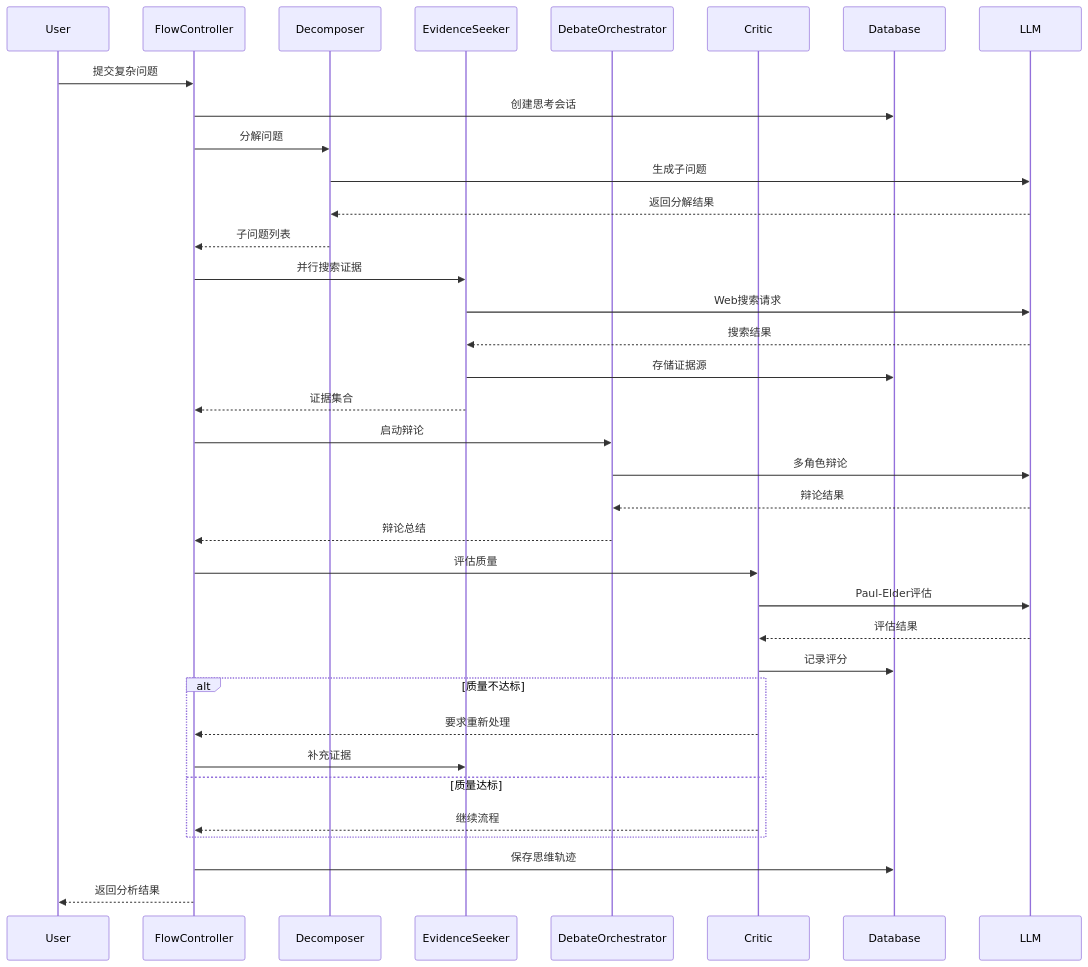
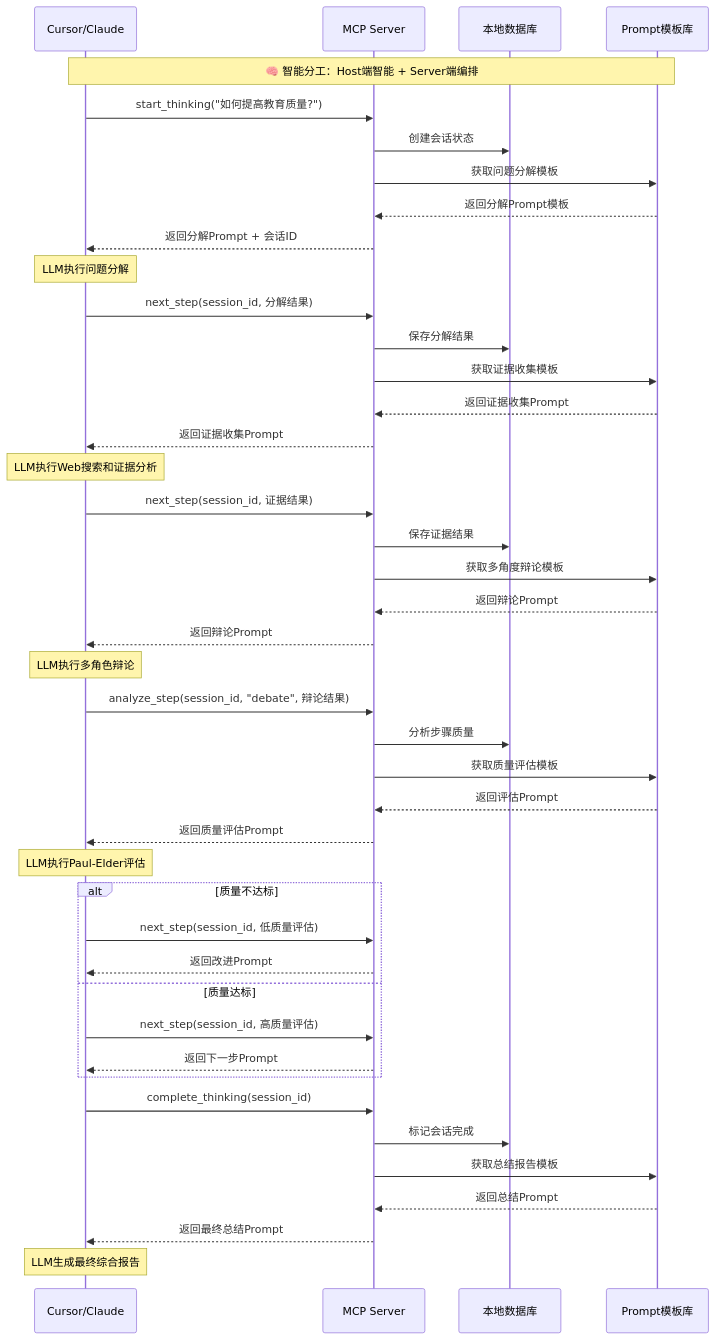
One commit to MitsudoAI/mcp-style-agent changed the second of 2 diagrams in .kiro/specs/deep-thinking-engine/design.md. Above: the diagram before and after it, drawn with Mermaid. The commit also changed other lines of this file and 1 other file, not shown here.

First line of the commit message:
refactor: redesign for zero-cost local MCP server architecture

````diff
--- a/.kiro/specs/deep-thinking-engine/design.md
+++ b/.kiro/specs/deep-thinking-engine/design.md
@@ -587,44 +816,53 @@
 ```mermaid
 sequenceDiagram
-    participant User
-    participant FlowController
-    participant Decomposer
-    participant EvidenceSeeker
-    participant DebateOrchestrator
-    participant Critic
-    participant Database
-    participant LLM
+    participant Cursor as Cursor/Claude
+    participant MCP as MCP Server
+    participant DB as 本地数据库
+    participant Templates as Prompt模板库
     
-    User->>FlowController: 提交复杂问题
-    FlowController->>Database: 创建思考会话
-    FlowController->>Decomposer: 分解问题
-    Decomposer->>LLM: 生成子问题
-    LLM-->>Decomposer: 返回分解结果
-    Decomposer-->>FlowController: 子问题列表
+    Note over Cursor,Templates: 🧠 智能分工：Host端智能 + Server端编排
     
-    FlowController->>EvidenceSeeker: 并行搜索证据
-    EvidenceSeeker->>LLM: Web搜索请求
-    LLM-->>EvidenceSeeker: 搜索结果
-    EvidenceSeeker->>Database: 存储证据源
-    EvidenceSeeker-->>FlowController: 证据集合
+    Cursor->>MCP: start_thinking("如何提高教育质量?")
+    MCP->>DB: 创建会话状态
+    MCP->>Templates: 获取问题分解模板
+    Templates-->>MCP: 返回分解Prompt模板
+    MCP-->>Cursor: 返回分解Prompt + 会话ID
     
-    FlowController->>DebateOrchestrator: 启动辩论
-    DebateOrchestrator->>LLM: 多角色辩论
-    LLM-->>DebateOrchestrator: 辩论结果
-    DebateOrchestrator-->>FlowController: 辩论总结
+    Note over Cursor: LLM执行问题分解
+    Cursor->>MCP: next_step(session_id, 分解结果)
+    MCP->>DB: 保存分解结果
+    MCP->>Templates: 获取证据收集模板
+    Templates-->>MCP: 返回证据收集Prompt
+    MCP-->>Cursor: 返回证据收集Prompt
     
-    FlowController->>Critic: 评估质量
-    Critic->>LLM: Paul-Elder评估
-    LLM-->>Critic: 评估结果
-    Critic->>Database: 记录评分
+    Note over Cursor: LLM执行Web搜索和证据分析
+    Cursor->>MCP: next_step(session_id, 证据结果)
+    MCP->>DB: 保存证据结果
+    MCP->>Templates: 获取多角度辩论模板
+    Templates-->>MCP: 返回辩论Prompt
+    MCP-->>Cursor: 返回辩论Prompt
     
+    Note over Cursor: LLM执行多角色辩论
+    Cursor->>MCP: analyze_step(session_id, "debate", 辩论结果)
+    MCP->>DB: 分析步骤质量
+    MCP->>Templates: 获取质量评估模板
+    Templates-->>MCP: 返回评估Prompt
+    MCP-->>Cursor: 返回质量评估Prompt
+    
+    Note over Cursor: LLM执行Paul-Elder评估
     alt 质量不达标
-        Critic-->>FlowController: 要求重新处理
-        FlowController->>EvidenceSeeker: 补充证据
+        Cursor->>MCP: next_step(session_id, 低质量评估)
+        MCP-->>Cursor: 返回改进Prompt
     else 质量达标
-        Critic-->>FlowController: 继续流程
+        Cursor->>MCP: next_step(session_id, 高质量评估)
+        MCP-->>Cursor: 返回下一步Prompt
     end
     
-    FlowController->>Database: 保存思维轨迹
-    FlowController-->>User: 返回分析结果
+    Cursor->>MCP: complete_thinking(session_id)
+    MCP->>DB: 标记会话完成
+    MCP->>Templates: 获取总结报告模板
+    Templates-->>MCP: 返回总结Prompt
+    MCP-->>Cursor: 返回最终总结Prompt
+    
+    Note over Cursor: LLM生成最终综合报告
 ```
````
